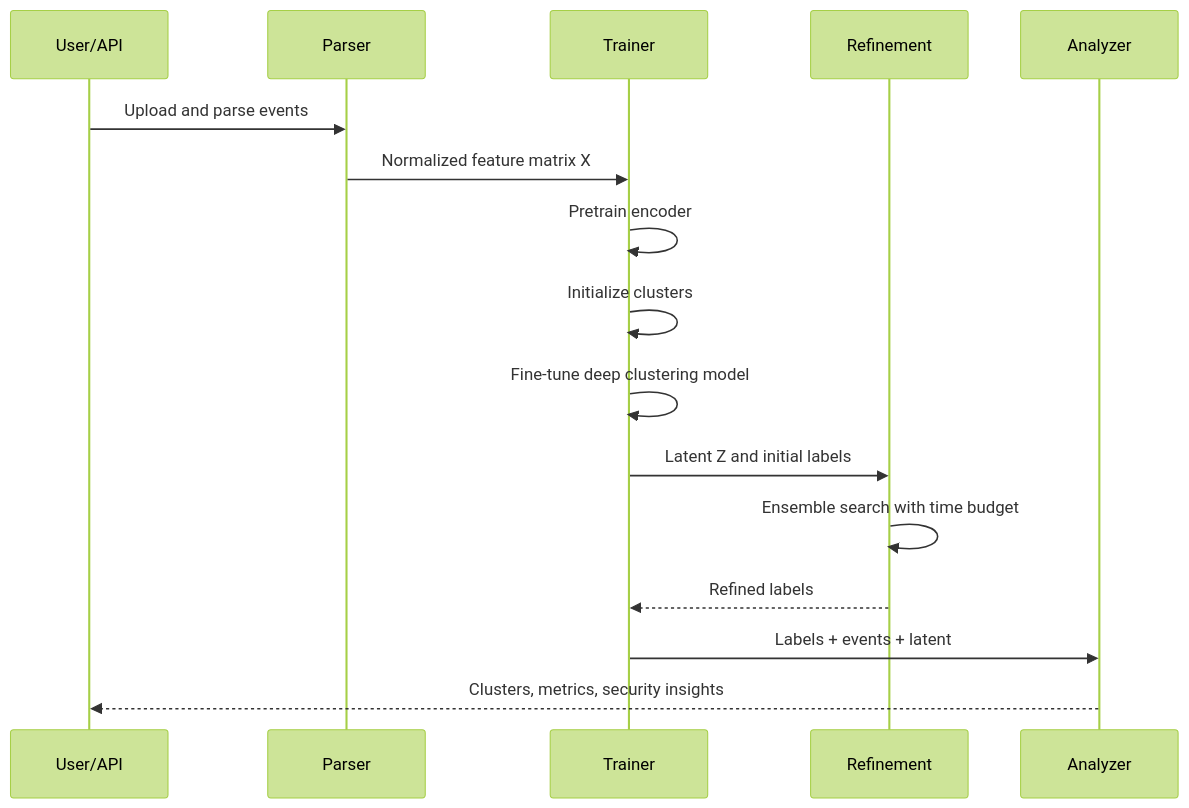
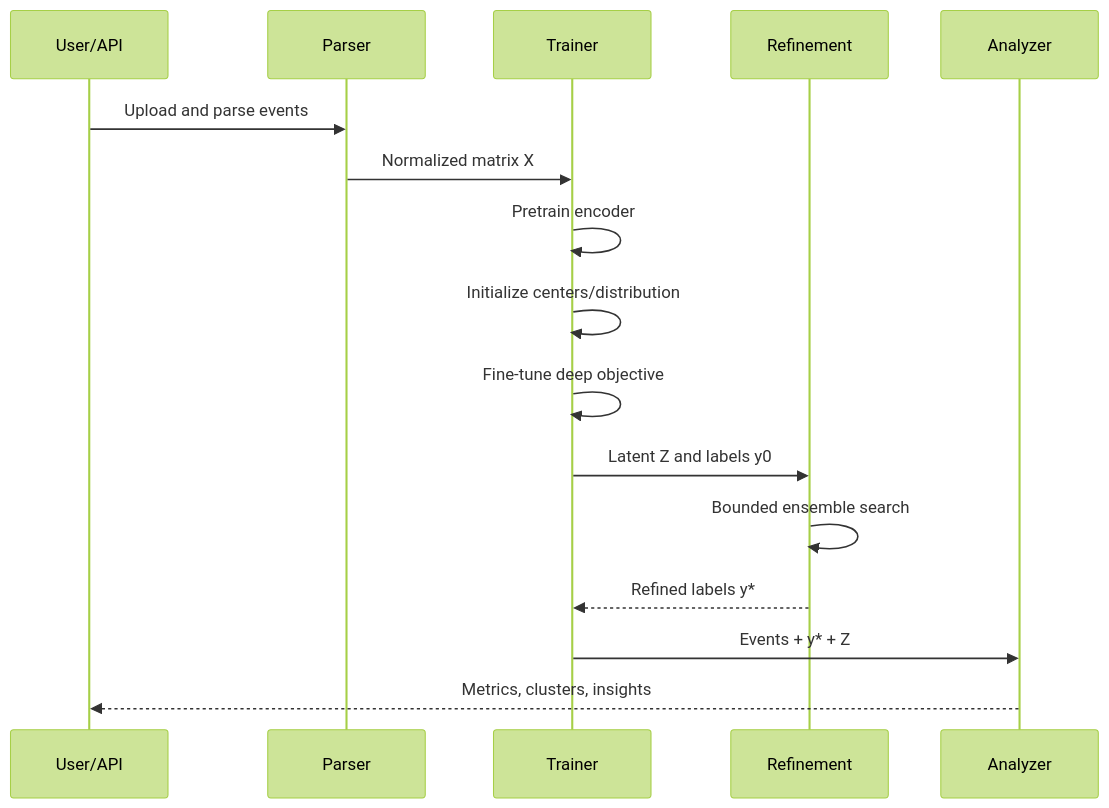
Before and after one commit to WMDev-AI/v1-security-event-clustering: the fourth of 5 diagrams in docs/research.md, drawn with Mermaid (forest theme). The commit also changed other lines of this file, not shown here.

````diff
--- a/docs/research.md
+++ b/docs/research.md
@@ -149,19 +259,19 @@
 ```mermaid
 sequenceDiagram
     participant U as User/API
     participant P as Parser
     participant T as Trainer
     participant R as Refinement
     participant A as Analyzer
 
     U->>P: Upload and parse events
-    P->>T: Normalized feature matrix X
+    P->>T: Normalized matrix X
     T->>T: Pretrain encoder
-    T->>T: Initialize clusters
-    T->>T: Fine-tune deep clustering model
-    T->>R: Latent Z and initial labels
-    R->>R: Ensemble search with time budget
-    R-->>T: Refined labels
-    T->>A: Labels + events + latent
-    A-->>U: Clusters, metrics, security insights
+    T->>T: Initialize centers/distribution
+    T->>T: Fine-tune deep objective
+    T->>R: Latent Z and labels y0
+    R->>R: Bounded ensemble search
+    R-->>T: Refined labels y*
+    T->>A: Events + y* + Z
+    A-->>U: Metrics, clusters, insights
 ```
````
